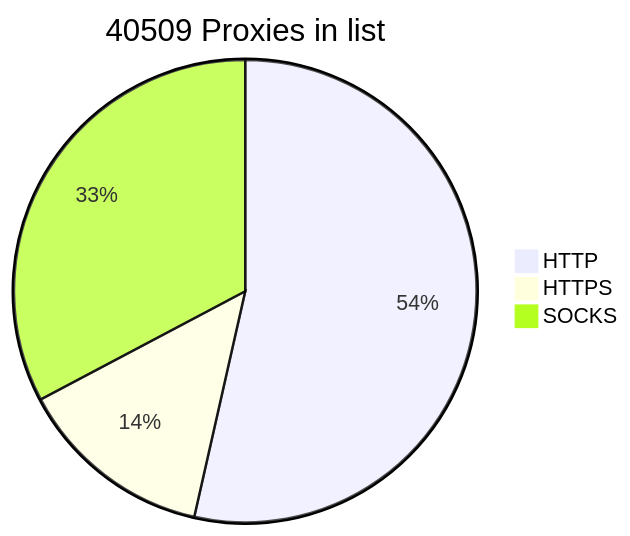
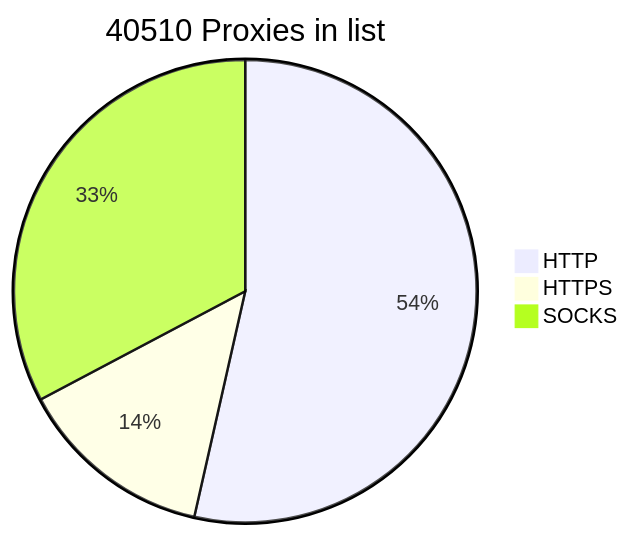
The diagram in README.md (BlackSnowDot/proxylist-update-every-minute), drawn with Mermaid before and after one commit.

````diff
--- a/README.md
+++ b/README.md
@@ -2,6 +2,6 @@
 ```mermaid
-pie title 40509 Proxies in list
+pie title 40510 Proxies in list
     "HTTP" : 24319
     "HTTPS": 6231
-    "SOCKS" : 14874
+    "SOCKS" : 14875
 ```
````
